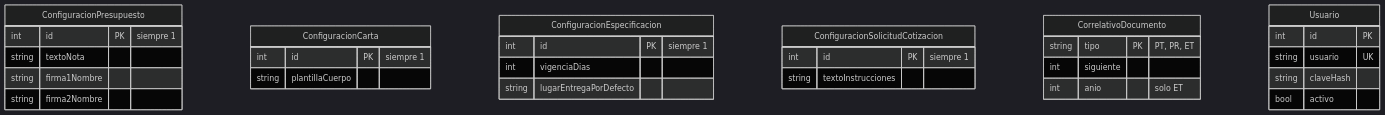
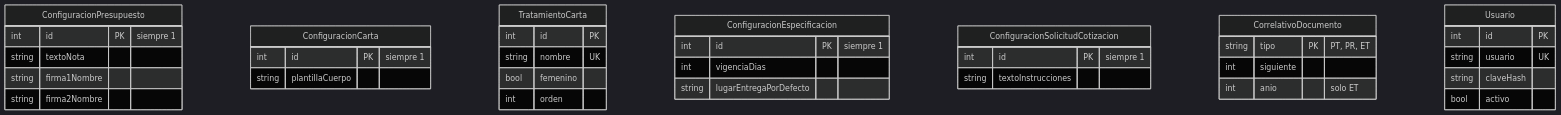
Before and after one commit to wilDC123/presupuestosRedes: the fifth of 5 diagrams in docs/modelo-logico-datos.md, drawn with Mermaid (dark theme). The commit also changed other lines of this file and 13 other files, not shown here.

````diff
--- a/docs/modelo-logico-datos.md
+++ b/docs/modelo-logico-datos.md
@@ -299,33 +301,39 @@
 ```mermaid
 erDiagram
     ConfiguracionPresupuesto {
         int id PK "siempre 1"
         string textoNota
         string firma1Nombre
         string firma2Nombre
     }
     ConfiguracionCarta {
         int id PK "siempre 1"
         string plantillaCuerpo
+    }
+    TratamientoCarta {
+        int id PK
+        string nombre UK
+        bool femenino
+        int orden
     }
     ConfiguracionEspecificacion {
         int id PK "siempre 1"
         int vigenciaDias
         string lugarEntregaPorDefecto
     }
     ConfiguracionSolicitudCotizacion {
         int id PK "siempre 1"
         string textoInstrucciones
     }
     CorrelativoDocumento {
         string tipo PK "PT, PR, ET"
         int siguiente
         int anio "solo ET"
     }
     Usuario {
         int id PK
         string usuario UK
         string claveHash
         bool activo
     }
 ```
````
